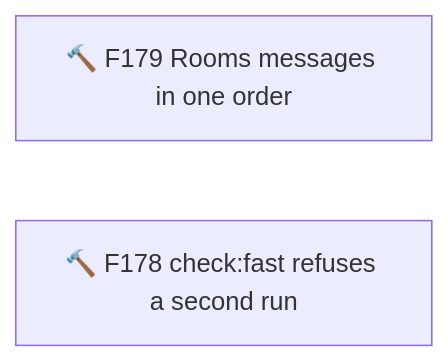
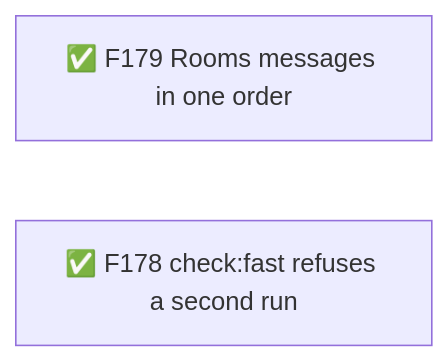
Diagram 33 of 33 in .planning/ROADMAP.md (TheBlueMuzzy/framework), drawn with Mermaid before and after one commit. The commit also changed other lines of this file and 2 other files, not shown here.

Commit message:
F179: done

````diff
--- a/.planning/ROADMAP.md
+++ b/.planning/ROADMAP.md
@@ -516,5 +516,5 @@
 ```mermaid
 flowchart LR
-  F179[🔨 F179 Rooms messages in one order]
-  F178[🔨 F178 check:fast refuses a second run]
+  F179[✅ F179 Rooms messages in one order]
+  F178[✅ F178 check:fast refuses a second run]
 ```
````
